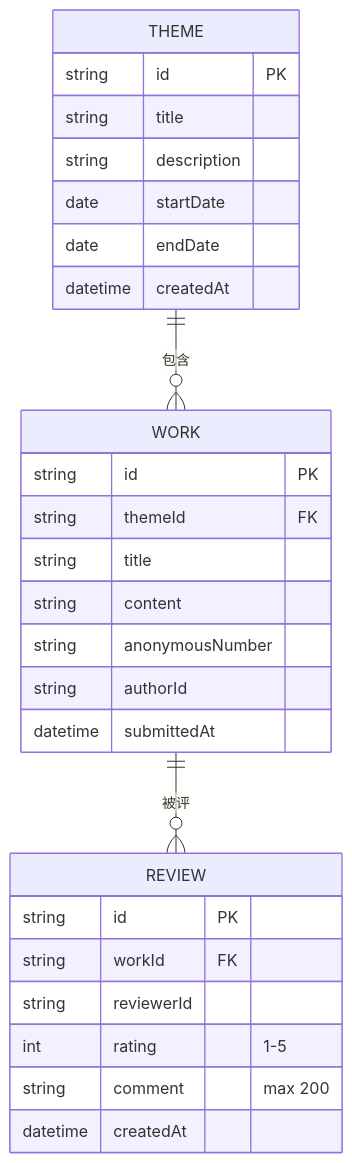
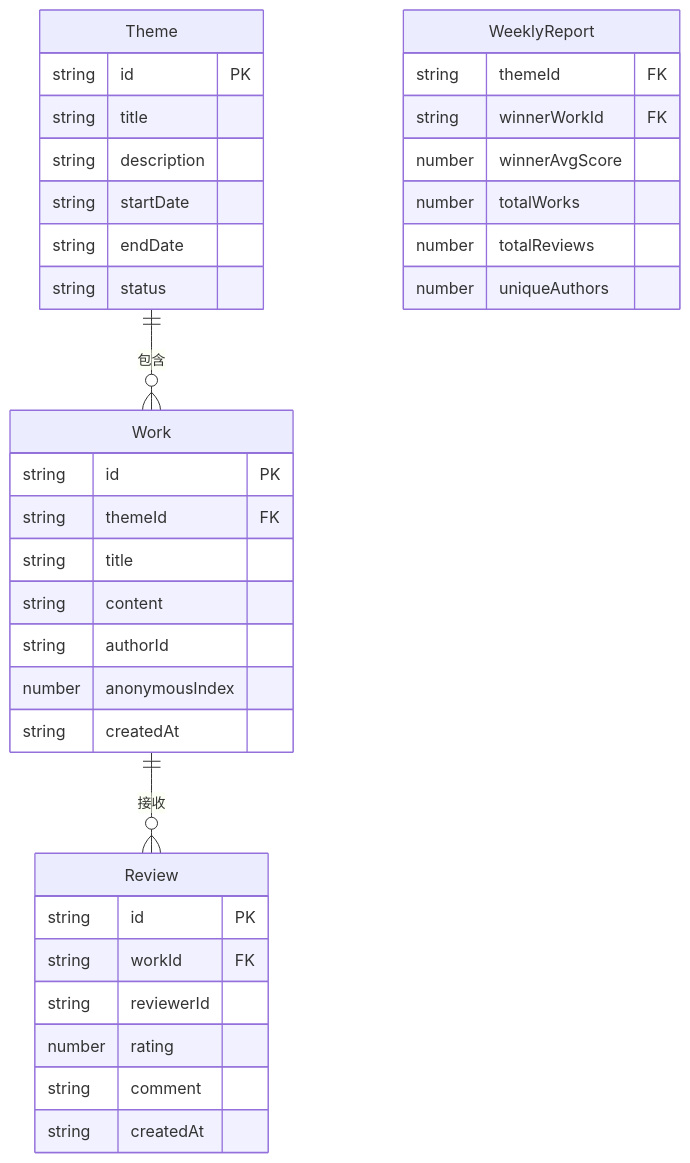
One commit to LIANG0828906/solo changed the second of 2 diagrams in cp4_6.16_auto82/.trae/documents/TECH-ARCHITECTURE.md. Above: the diagram before and after it, drawn with Mermaid. The commit also changed other lines of this file and 21 other files, not shown here.

````diff
--- a/cp4_6.16_auto82/.trae/documents/TECH-ARCHITECTURE.md
+++ b/cp4_6.16_auto82/.trae/documents/TECH-ARCHITECTURE.md
@@ -43,30 +57,42 @@
 ```mermaid
 erDiagram
-    THEME ||--o{ WORK : "包含"
-    WORK ||--o{ REVIEW : "被评"
-    THEME {
+    Theme ||--o{ Work : "包含"
+    Work ||--o{ Review : "接收"
+
+    Theme {
         string id PK
         string title
         string description
-        date startDate
-        date endDate
-        datetime createdAt
+        string startDate
+        string endDate
+        string status
     }
-    WORK {
+
+    Work {
         string id PK
         string themeId FK
         string title
         string content
-        string anonymousNumber
         string authorId
-        datetime submittedAt
+        number anonymousIndex
+        string createdAt
     }
-    REVIEW {
+
+    Review {
         string id PK
         string workId FK
         string reviewerId
-        int rating "1-5"
-        string comment "max 200"
-        datetime createdAt
+        number rating
+        string comment
+        string createdAt
+    }
+
+    WeeklyReport {
+        string themeId FK
+        string winnerWorkId FK
+        number winnerAvgScore
+        number totalWorks
+        number totalReviews
+        number uniqueAuthors
     }
 ```
````
